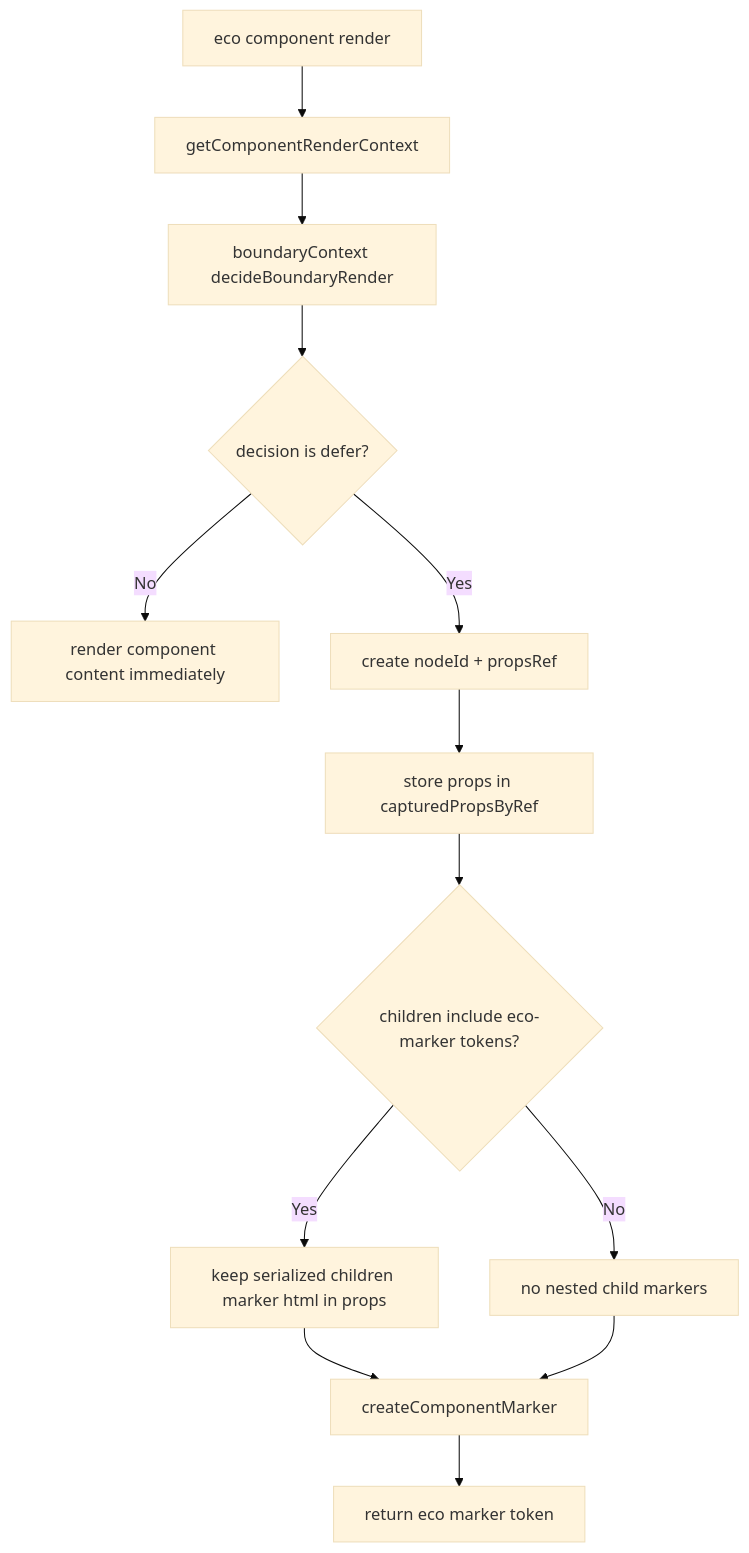
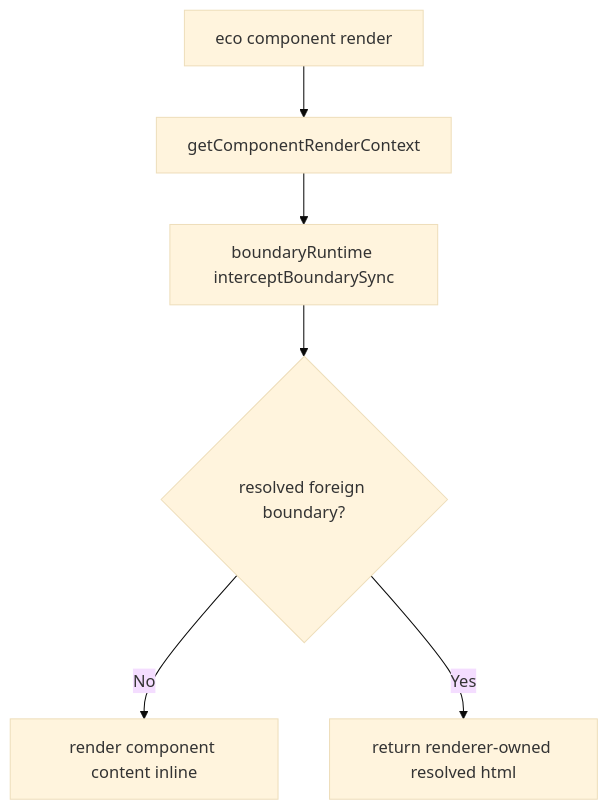
The eighth of 11 diagrams in packages/core/src/route-renderer/GRAPH.md (ecopages/ecopages), drawn with Mermaid (base theme) before and after one commit. The commit also changed other lines of this file and 41 other files, not shown here.

````diff
--- a/packages/core/src/route-renderer/GRAPH.md
+++ b/packages/core/src/route-renderer/GRAPH.md
@@ -252,15 +241,8 @@
 ```mermaid
 flowchart TD
   A[eco component render] --> B[getComponentRenderContext]
-  B --> C[boundaryContext decideBoundaryRender]
-  C --> D{decision is defer?}
-  D -- No --> E[render component content immediately]
-  D -- Yes --> F[create nodeId + propsRef]
-  F --> G[store props in capturedPropsByRef]
-  G --> H{children include eco-marker tokens?}
-  H -- Yes --> I[keep serialized children marker html in props]
-  H -- No --> J[no nested child markers]
-  I --> K[createComponentMarker]
-  J --> K
-  K --> L[return eco marker token]
+  B --> C[boundaryRuntime interceptBoundarySync]
+  C --> D{resolved foreign boundary?}
+  D -- No --> E[render component content inline]
+  D -- Yes --> F[return renderer-owned resolved html]
 ```
````
